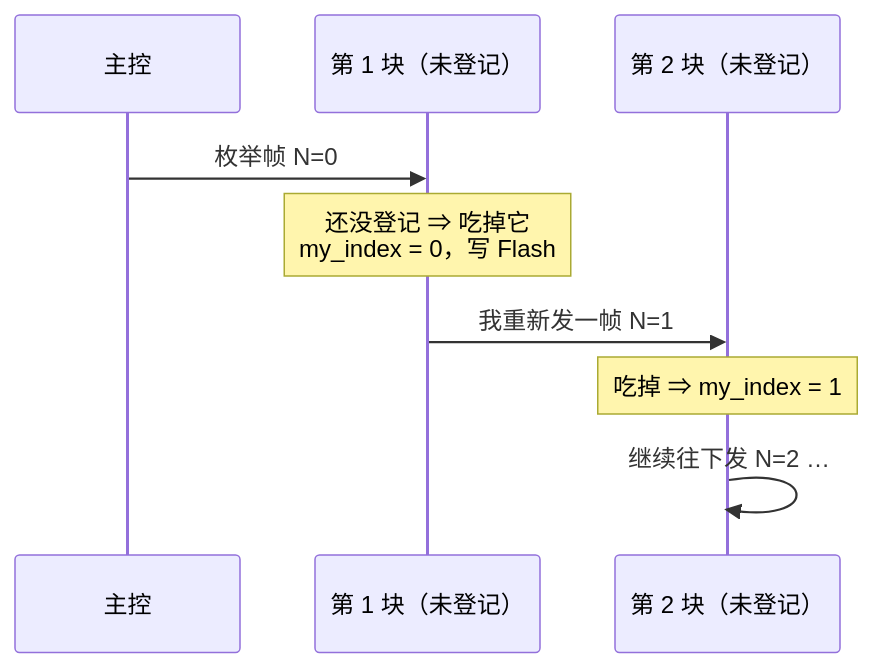
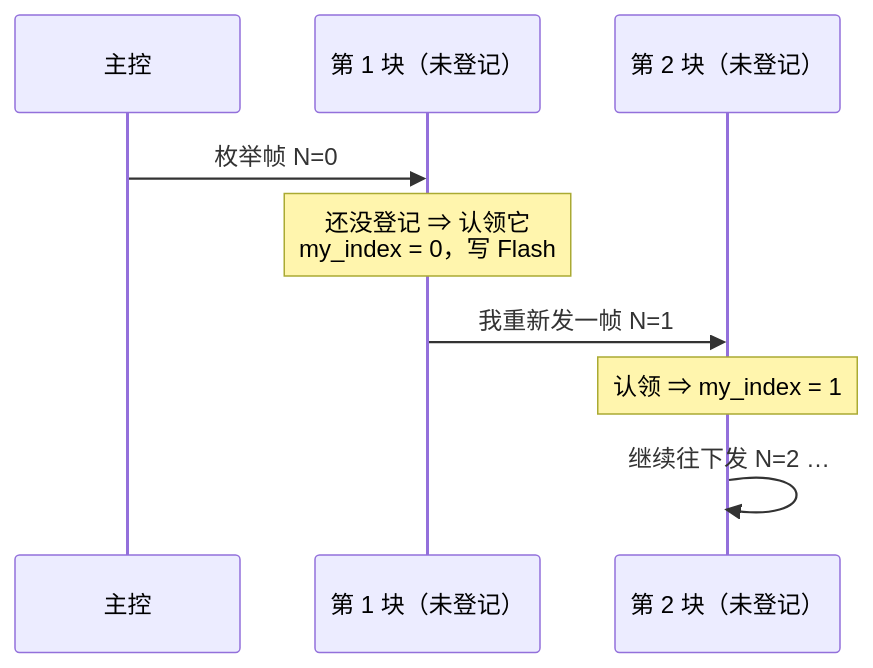
Before and after one commit to langhua/AuroraTessellation-NFC: the second of 7 diagrams in hardware/pixel/bus-protocol.md, drawn with Mermaid. The commit also changed other lines of this file and 3 other files, not shown here.

````diff
--- a/hardware/pixel/bus-protocol.md
+++ b/hardware/pixel/bus-protocol.md
@@ -77,11 +77,11 @@
 ```mermaid
 sequenceDiagram
     participant H as 主控
     participant P1 as 第 1 块（未登记）
     participant P2 as 第 2 块（未登记）
     H->>P1: 枚举帧 N=0
-    Note over P1: 还没登记 ⇒ 吃掉它<br/>my_index = 0，写 Flash
+    Note over P1: 还没登记 ⇒ 认领它<br/>my_index = 0，写 Flash
     P1->>P2: 我重新发一帧 N=1
-    Note over P2: 吃掉 ⇒ my_index = 1
+    Note over P2: 认领 ⇒ my_index = 1
     P2->>P2: 继续往下发 N=2 …
 ```
````
